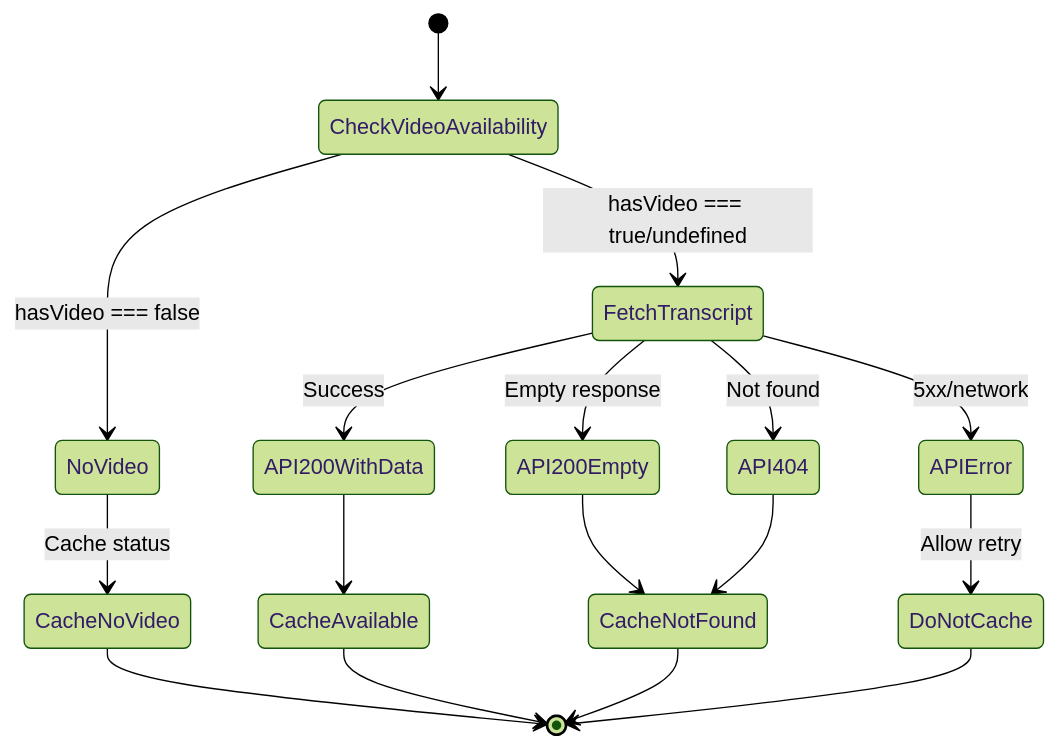
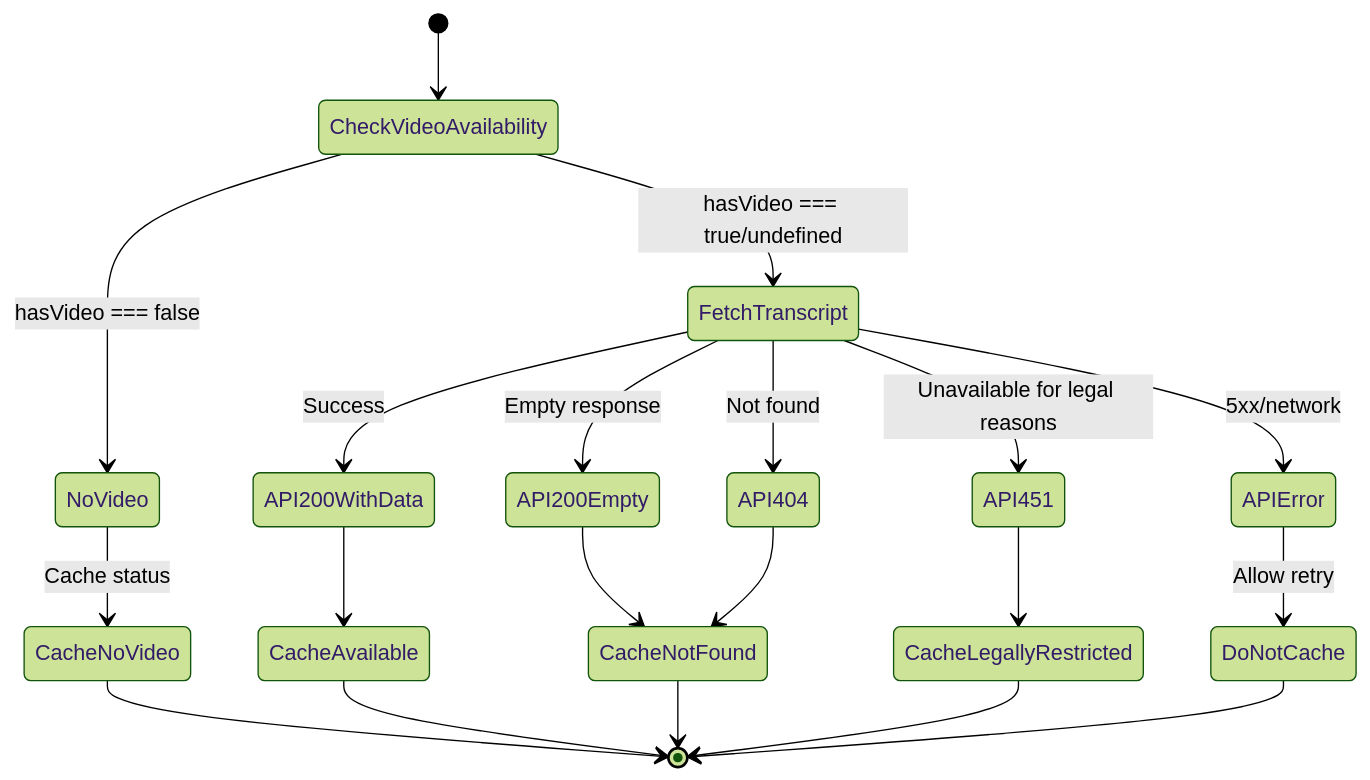
The diagram in docs/architecture/architectural-decisions/092-transcript-cache-categorization.md (oaknational/oak-open-curriculum-ecosystem), drawn with Mermaid (forest theme) before and after one commit. The commit also changed other lines of this file and 185 other files, not shown here.

````diff
--- a/docs/architecture/architectural-decisions/092-transcript-cache-categorization.md
+++ b/docs/architecture/architectural-decisions/092-transcript-cache-categorization.md
@@ -65,23 +69,26 @@
 ```mermaid
 stateDiagram-v2
     [*] --> CheckVideoAvailability
     CheckVideoAvailability --> NoVideo: hasVideo === false
     CheckVideoAvailability --> FetchTranscript: hasVideo === true/undefined
 
     NoVideo --> CacheNoVideo: Cache status
     CacheNoVideo --> [*]
 
     FetchTranscript --> API200WithData: Success
     FetchTranscript --> API200Empty: Empty response
     FetchTranscript --> API404: Not found
+    FetchTranscript --> API451: Unavailable for legal reasons
     FetchTranscript --> APIError: 5xx/network
 
     API200WithData --> CacheAvailable
     API200Empty --> CacheNotFound
     API404 --> CacheNotFound
+    API451 --> CacheLegallyRestricted
     APIError --> DoNotCache: Allow retry
 
     CacheAvailable --> [*]
     CacheNotFound --> [*]
+    CacheLegallyRestricted --> [*]
     DoNotCache --> [*]
 ```
````
